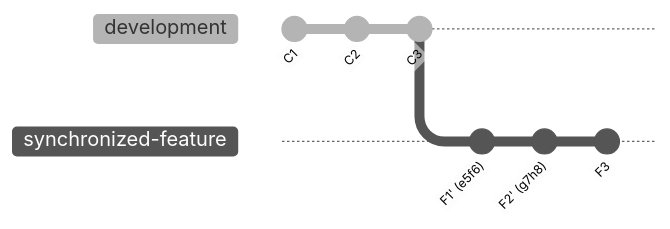
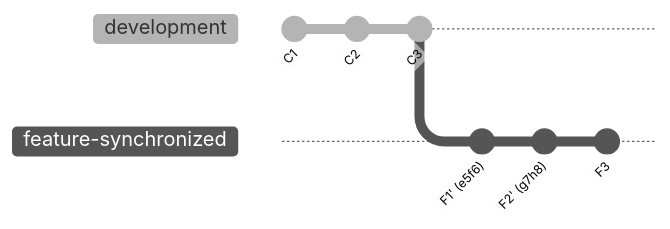
One commit to zurcacielos/git-rebase-explained-to-infinity changed the fifth of 14 diagrams in README.md. Above: the diagram before and after it, drawn with Mermaid (neutral theme). The commit also changed other lines of this file, not shown here.

Commit message:
explanation of synchronized

````diff
--- a/README.md
+++ b/README.md
@@ -206,13 +207,13 @@
 ```mermaid
 %%{init: { 'gitGraph': {'mainBranchName': 'development'}} }%%
 gitGraph
     commit id: "C1"
     commit id: "C2"
     checkout development
     commit id: "C3"
-    branch synchronized-feature
-    checkout synchronized-feature
+    branch feature-synchronized
+    checkout feature-synchronized
     commit id: "F1' (e5f6)"
     commit id: "F2' (g7h8)"
     commit id: "F3"
 ```
````
